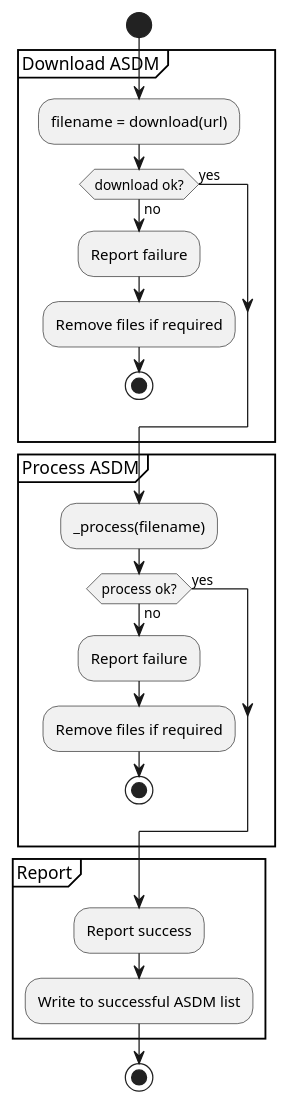
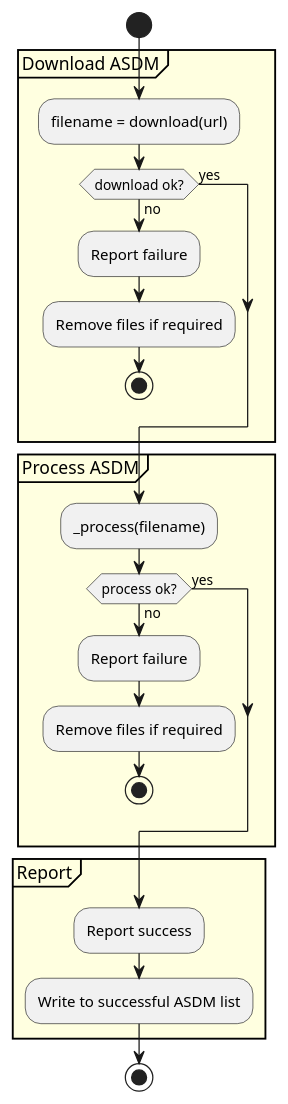
One commit to akimasanishida/almaqso changed the diagram in docs/diagrams/L4-_process_wrapper-activity.puml. Above: the diagram before and after it, drawn with PlantUML. The commit also changed 6 other files, not shown here.

First line of the commit message:
Add UML activity diagrams for Almaqso methods and update usage documentation

```diff
--- a/docs/diagrams/L4-_process_wrapper-activity.puml
+++ b/docs/diagrams/L4-_process_wrapper-activity.puml
@@ -1,27 +1,27 @@
 @startuml L4-_process_wrapper-activity
 start
-partition "Download ASDM" {
+partition "Download ASDM" #LightYellow {
     :filename = download(url);
     if (download ok?) then (yes)
     else (no)
         :Report failure;
         :Remove files if required;
         stop
     endif
 }
-partition "Process ASDM" {
+partition "Process ASDM" #LightYellow {
     :_process(filename);
     if (process ok?) then (yes)
     else (no)
         :Report failure;
         :Remove files if required;
         stop
     endif
 }
-partition "Report" {
+partition "Report" #LightYellow {
     :Report success;
     :Write to successful ASDM list;
 }
 
 stop
 @enduml
```
